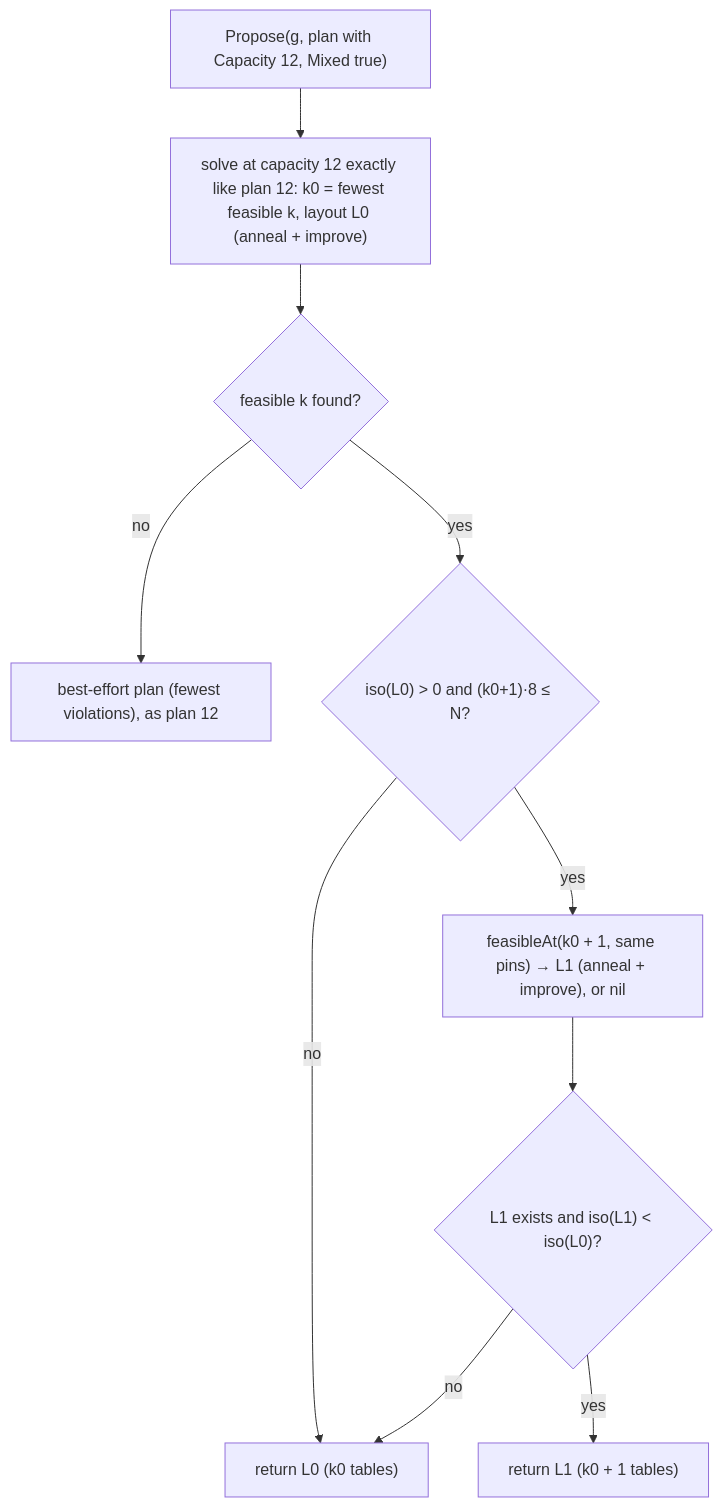
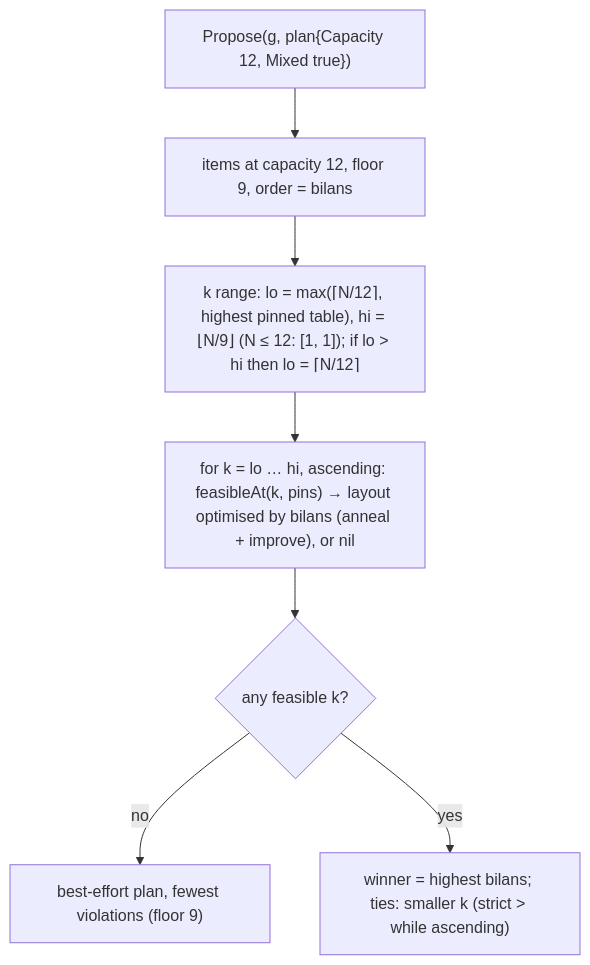
Before and after one commit to emicon123/wedding-seating-planner: the third of 3 diagrams in docs/architecture/03-seating-model.md, drawn with Mermaid. The commit also changed other lines of this file and 10 other files, not shown here.

First line of the commit message:
docs(architecture): mixed plan maximises net satisfaction with free table count, floor 9 (task 015, phase A2)

````diff
--- a/docs/architecture/03-seating-model.md
+++ b/docs/architecture/03-seating-model.md
@@ -299,12 +307,9 @@
 ```mermaid
 flowchart TD
-    A["Propose(g, plan with Capacity 12, Mixed true)"] --> B["solve at capacity 12 exactly like plan 12: k0 = fewest feasible k, layout L0 (anneal + improve)"]
-    B --> C{"feasible k found?"}
-    C -- no --> R["best-effort plan (fewest violations), as plan 12"]
-    C -- yes --> D{"iso(L0) > 0 and (k0+1)·8 ≤ N?"}
-    D -- no --> K0["return L0 (k0 tables)"]
-    D -- yes --> E["feasibleAt(k0 + 1, same pins) → L1 (anneal + improve), or nil"]
-    E --> F{"L1 exists and iso(L1) < iso(L0)?"}
-    F -- yes --> K1["return L1 (k0 + 1 tables)"]
-    F -- no --> K0
+    A["Propose(g, plan{Capacity 12, Mixed true})"] --> B["items at capacity 12, floor 9, order = bilans"]
+    B --> R["k range: lo = max(⌈N/12⌉, highest pinned table), hi = ⌊N/9⌋ (N ≤ 12: [1, 1]); if lo > hi then lo = ⌈N/12⌉"]
+    R --> L["for k = lo … hi, ascending: feasibleAt(k, pins) → layout optimised by bilans (anneal + improve), or nil"]
+    L --> W{"any feasible k?"}
+    W -- no --> E["best-effort plan, fewest violations (floor 9)"]
+    W -- yes --> P["winner = highest bilans; ties: smaller k (strict > while ascending)"]
 ```
````
